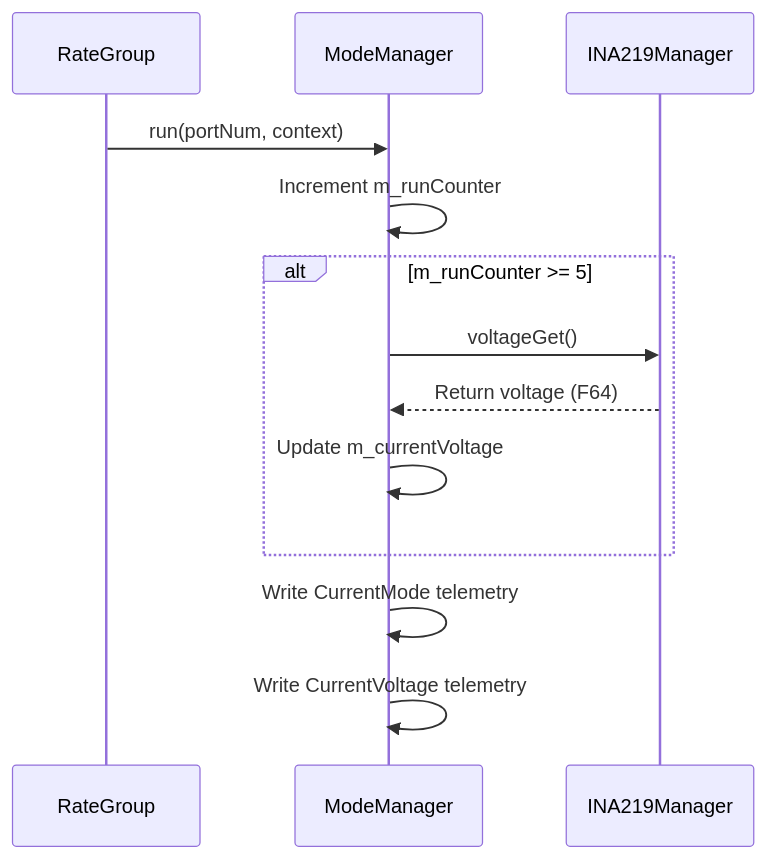
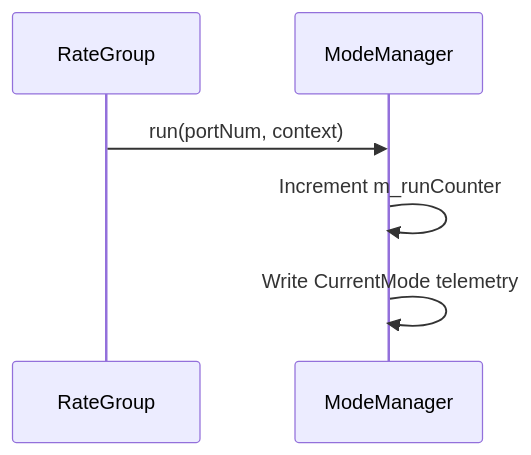
Before and after one commit to Open-Source-Space-Foundation/proves-core-reference: the sixth of 6 diagrams in FprimeZephyrReference/Components/ModeManager/docs/sdd.md, drawn with Mermaid. The commit also changed other lines of this file and 5 other files, not shown here.

````diff
--- a/FprimeZephyrReference/Components/ModeManager/docs/sdd.md
+++ b/FprimeZephyrReference/Components/ModeManager/docs/sdd.md
@@ -224,16 +218,9 @@
 ```mermaid
 sequenceDiagram
     participant RateGroup
     participant ModeManager
-    participant INA219Manager
 
     RateGroup->>ModeManager: run(portNum, context)
     ModeManager->>ModeManager: Increment m_runCounter
-    alt m_runCounter >= 5
-        ModeManager->>INA219Manager: voltageGet()
-        INA219Manager-->>ModeManager: Return voltage (F64)
-        ModeManager->>ModeManager: Update m_currentVoltage
-    end
     ModeManager->>ModeManager: Write CurrentMode telemetry
-    ModeManager->>ModeManager: Write CurrentVoltage telemetry
 ```
````
